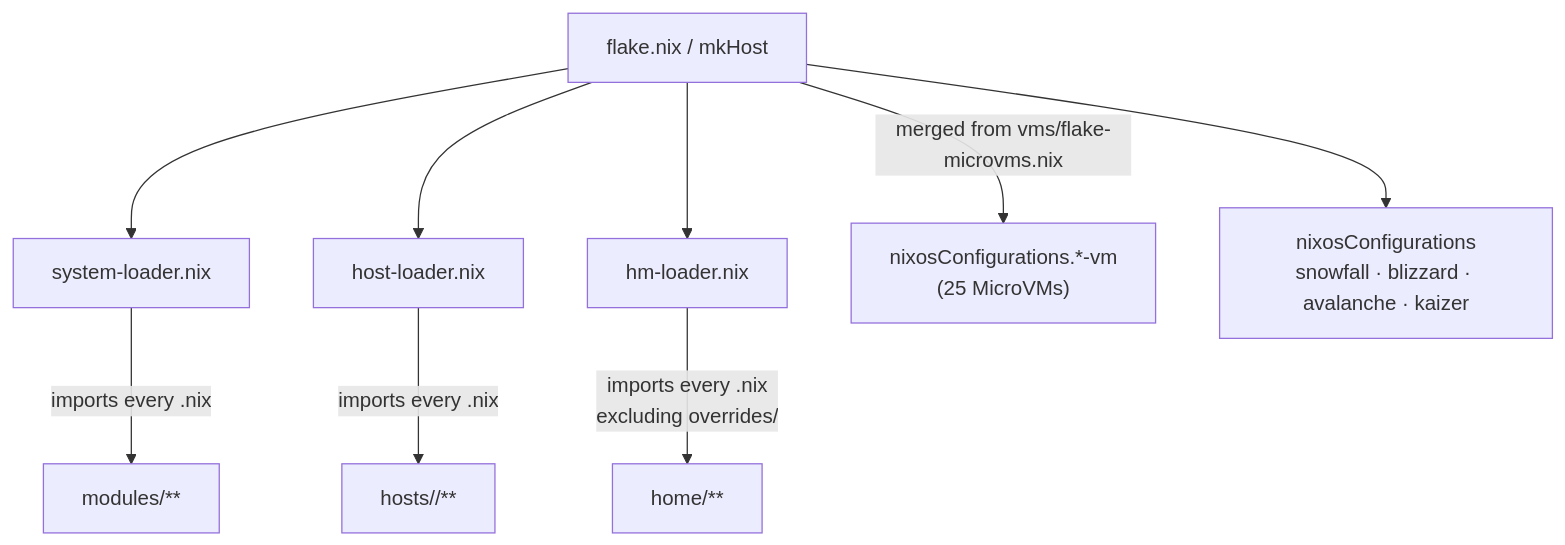
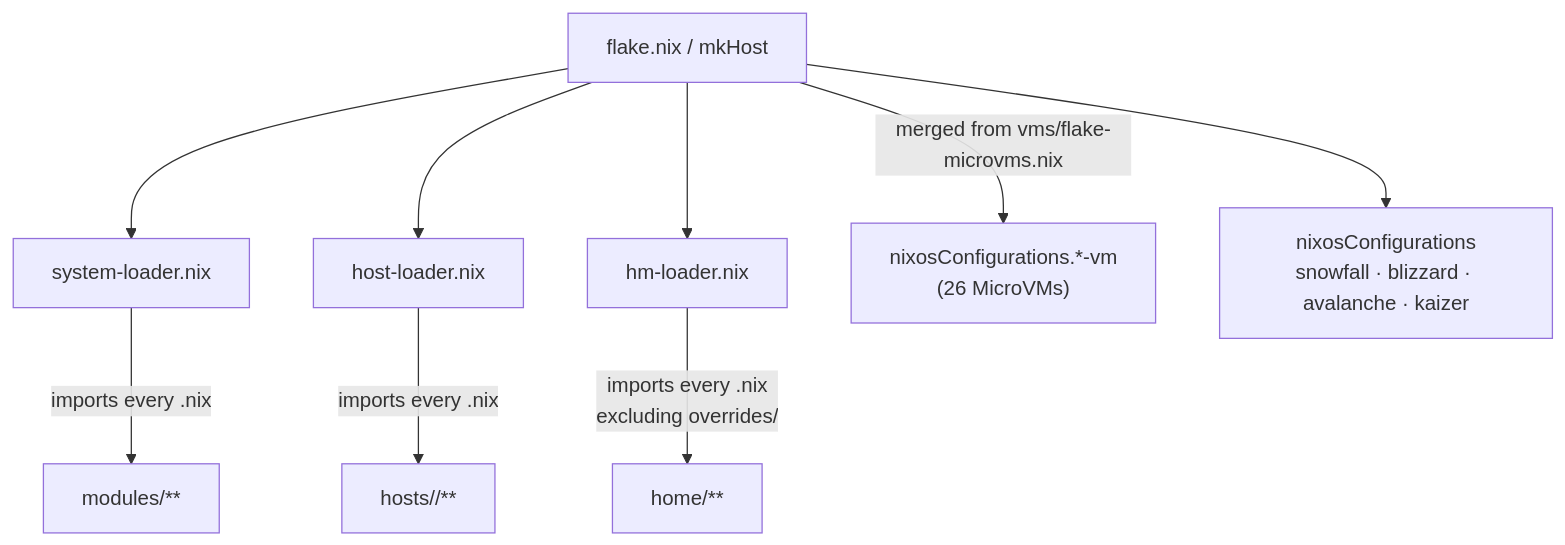
One commit to telometto/nix-config changed the first of 10 diagrams in docs/Project_Architecture_Blueprint.md. Above: the diagram before and after it, drawn with Mermaid. The commit also changed other lines of this file and 2 other files, not shown here.

Commit message:
feat(pocket-id): update architecture blueprint and add Pocket ID operations documentation

````diff
--- a/docs/Project_Architecture_Blueprint.md
+++ b/docs/Project_Architecture_Blueprint.md
@@ -22,11 +22,11 @@
 ```mermaid
 flowchart TD
     F[flake.nix / mkHost] --> SL[system-loader.nix]
     F --> HL[host-loader.nix]
     F --> HML[hm-loader.nix]
     SL -->|"imports every .nix"| MOD["modules/**"]
     HL -->|"imports every .nix"| HOST["hosts/<hostname>/**"]
     HML -->|"imports every .nix\nexcluding overrides/"| HOME["home/**"]
-    F -->|merged from vms/flake-microvms.nix| VMS["nixosConfigurations.*-vm\n(25 MicroVMs)"]
+    F -->|merged from vms/flake-microvms.nix| VMS["nixosConfigurations.*-vm\n(26 MicroVMs)"]
     F --> HOSTS["nixosConfigurations\nsnowfall · blizzard · avalanche · kaizer"]
 ```
````
